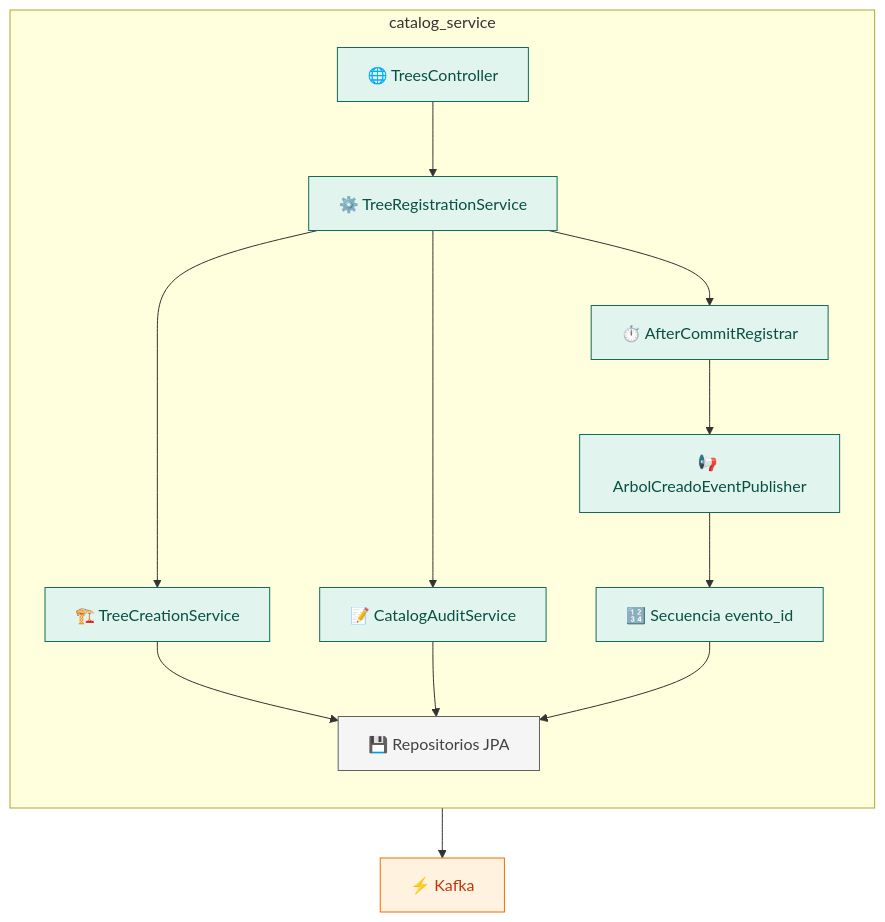
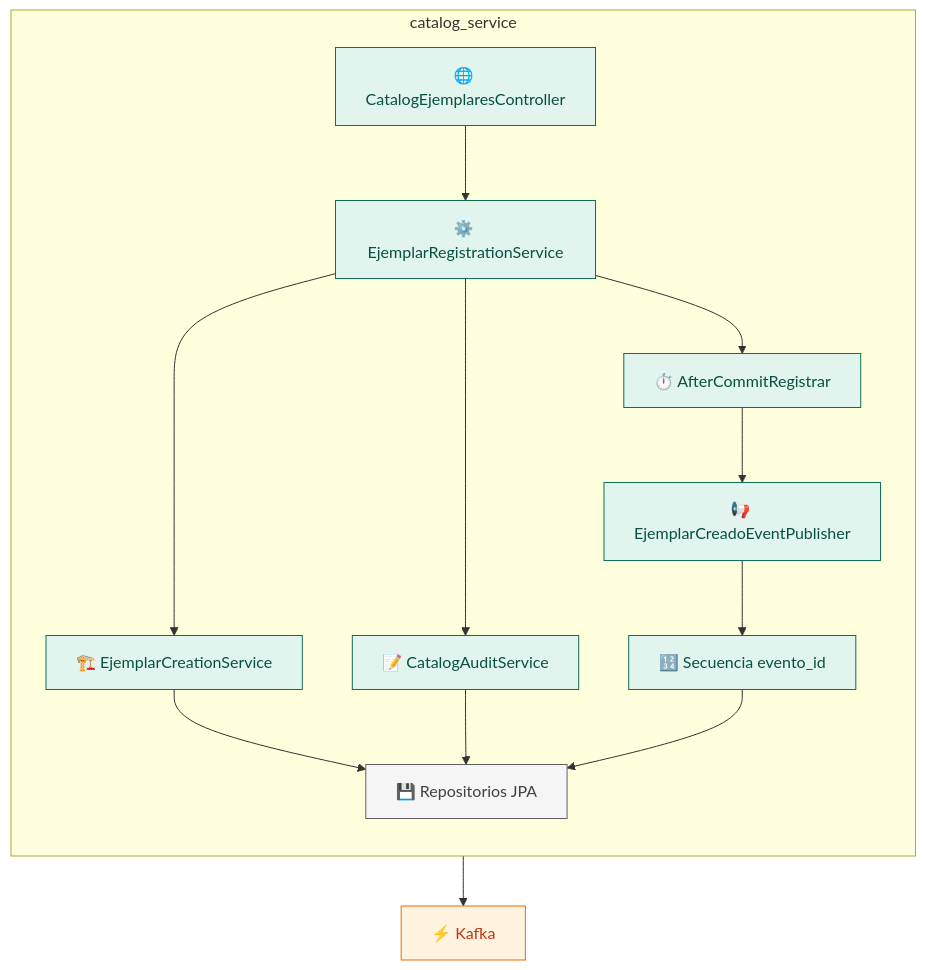
One commit to LIDR-academy/AI4Devs-finalproject changed the sixth of 19 diagrams in readme.md. Above: the diagram before and after it, drawn with Mermaid. The commit also changed other lines of this file and 345 other files, not shown here.

````diff
--- a/readme.md
+++ b/readme.md
@@ -550,32 +550,32 @@
 ```mermaid
 flowchart TB
     classDef service fill:#E1F5EE,stroke:#0F6E56,stroke-width:1px,color:#085041;
     classDef repo fill:#F5F5F5,stroke:#616161,stroke-width:1px,color:#424242;
     classDef infra fill:#FFF3E0,stroke:#EF6C00,stroke-width:1px,color:#BF360C;
 
     KafkaBroker["⚡ Kafka"]:::infra
 
     subgraph catalogSvc [catalog_service]
         direction TB
-        TreesCtrl["🌐 TreesController"]:::service
-        TreeReg["⚙️ TreeRegistrationService"]:::service
-        TreeCre["🏗️ TreeCreationService"]:::service
+        EjemplaresCtrl["🌐 CatalogEjemplaresController"]:::service
+        EjemplarReg["⚙️ EjemplarRegistrationService"]:::service
+        EjemplarCre["🏗️ EjemplarCreationService"]:::service
         CatAud["📝 CatalogAuditService"]:::service
         AfterCommit["⏱️ AfterCommitRegistrar"]:::service
-        KafkaPub["📢 ArbolCreadoEventPublisher"]:::service
+        KafkaPub["📢 EjemplarCreadoEventPublisher"]:::service
         EventoSeq["🔢 Secuencia evento_id"]:::service
         JpaRepos["💾 Repositorios JPA"]:::repo
 
-        TreesCtrl --> TreeReg
-        TreeReg --> TreeCre
-        TreeReg --> CatAud
-        TreeReg --> AfterCommit
+        EjemplaresCtrl --> EjemplarReg
+        EjemplarReg --> EjemplarCre
+        EjemplarReg --> CatAud
+        EjemplarReg --> AfterCommit
         AfterCommit --> KafkaPub
         KafkaPub --> EventoSeq
-        TreeCre --> JpaRepos
+        EjemplarCre --> JpaRepos
         CatAud --> JpaRepos
         EventoSeq --> JpaRepos
     end
 
     KafkaPub --> KafkaBroker
 ```
````
